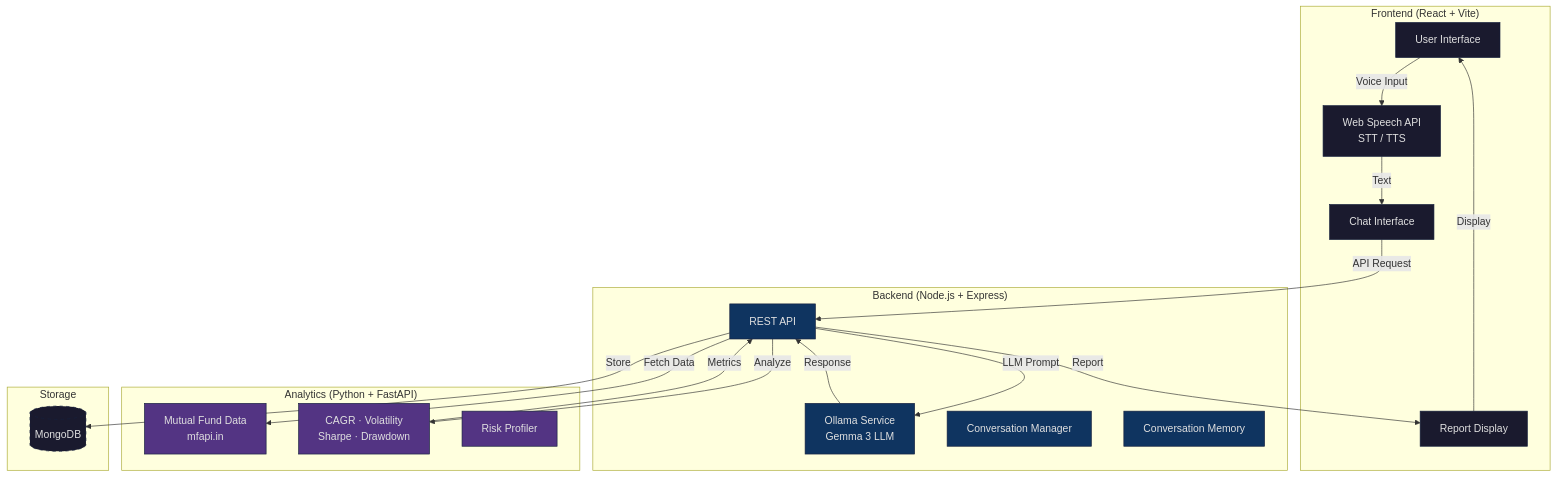
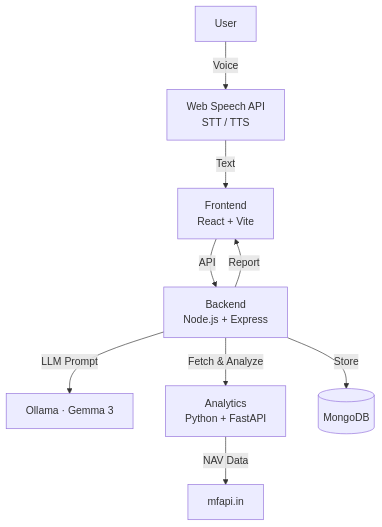
Before and after one commit to anand880441-source/codeavengers: the diagram in README.md, drawn with Mermaid. The commit also changed other lines of this file, not shown here.

````diff
--- a/README.md
+++ b/README.md
@@ -138,48 +86,11 @@
 ```mermaid
 graph TB
-    subgraph Frontend["Frontend (React + Vite)"]
-        UI[User Interface]
-        WS[Web Speech API<br/>STT / TTS]
-        CH[Chat Interface]
-        RD[Report Display]
-    end
-
-    subgraph Backend["Backend (Node.js + Express)"]
-        API[REST API]
-        OLLAMA[Ollama Service<br/>Gemma 3 LLM]
-        CONV[Conversation Manager]
-        MEM[Conversation Memory]
-    end
-
-    subgraph Analytics["Analytics (Python + FastAPI)"]
-        FUND[Mutual Fund Data<br/>mfapi.in]
-        CALC[CAGR · Volatility<br/>Sharpe · Drawdown]
-        RISK[Risk Profiler]
-    end
-
-    subgraph Storage["Storage"]
-        DB[(MongoDB)]
-    end
-
-    UI -->|Voice Input| WS
-    WS -->|Text| CH
-    CH -->|API Request| API
-    API -->|LLM Prompt| OLLAMA
-    OLLAMA -->|Response| API
-    API -->|Store| DB
-    API -->|Fetch Data| FUND
-    API -->|Analyze| CALC
-    CALC -->|Metrics| API
-    API -->|Report| RD
-    RD -->|Display| UI
-
-    classDef frontend fill:#1a1a2e,color:#e0e0e0,stroke:#16213e
-    classDef backend fill:#0f3460,color:#e0e0e0,stroke:#16213e
-    classDef analytics fill:#533483,color:#e0e0e0,stroke:#16213e
-    classDef storage fill:#1a1a2e,color:#e0e0e0,stroke:#16213e,stroke-dasharray: 5 5
-
-    class UI,WS,CH,RD frontend
-    class API,OLLAMA,CONV,MEM backend
-    class FUND,CALC,RISK analytics
-    class DB storage
+    User -->|Voice| WS[Web Speech API<br/>STT / TTS]
+    WS -->|Text| FE[Frontend<br/>React + Vite]
+    FE -->|API| BE[Backend<br/>Node.js + Express]
+    BE -->|LLM Prompt| OLLAMA[Ollama · Gemma 3]
+    BE -->|Fetch & Analyze| ANALYTICS[Analytics<br/>Python + FastAPI]
+    ANALYTICS -->|NAV Data| MFAPI[mfapi.in]
+    BE -->|Store| DB[(MongoDB)]
+    BE -->|Report| FE
 ```
````
